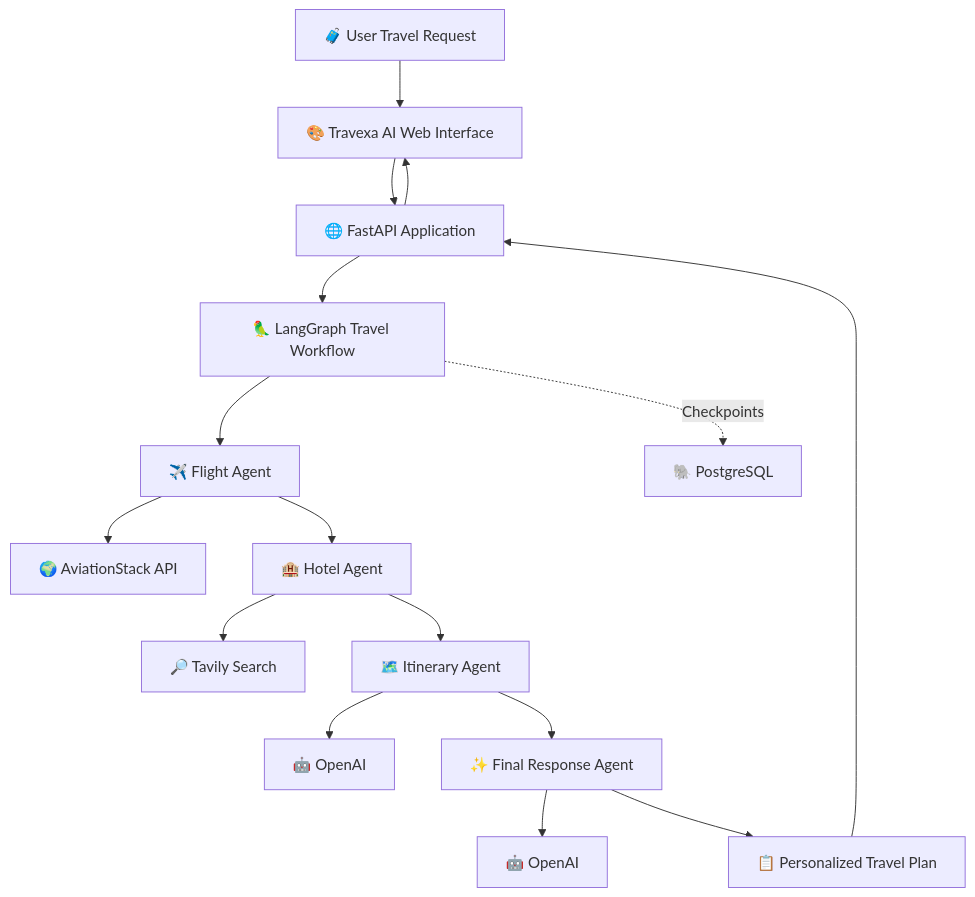
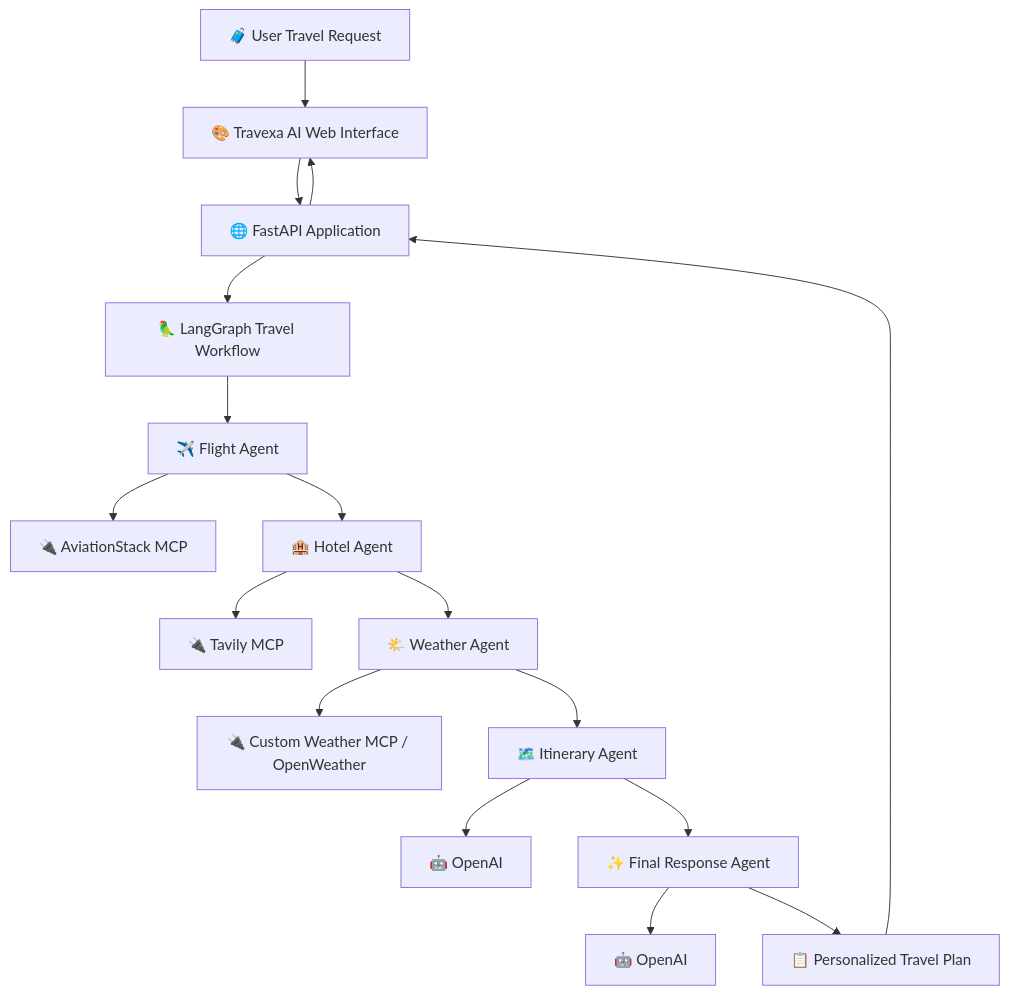
One commit to sudeeraattanayake/Travexa-AI-Multi-Agent-Travel-Planner changed the diagram in README.md. Above: the diagram before and after it, drawn with Mermaid. The commit also changed other lines of this file, not shown here.

````diff
--- a/README.md
+++ b/README.md
@@ -144,27 +179,25 @@
 ```mermaid
 flowchart TD
     USER["🧳 User Travel Request"] --> UI["🎨 Travexa AI Web Interface"]
-
     UI --> API["🌐 FastAPI Application"]
-
     API --> GRAPH["🦜 LangGraph Travel Workflow"]
 
     GRAPH --> FLIGHT["✈️ Flight Agent"]
-    FLIGHT --> AVIATION["🌍 AviationStack API"]
+    FLIGHT --> AVIATION["🔌 AviationStack MCP"]
 
     FLIGHT --> HOTEL["🏨 Hotel Agent"]
-    HOTEL --> TAVILY["🔎 Tavily Search"]
+    HOTEL --> TAVILY["🔌 Tavily MCP"]
 
-    HOTEL --> ITINERARY["🗺️ Itinerary Agent"]
+    HOTEL --> WEATHER["🌤️ Weather Agent"]
+    WEATHER --> OPENWEATHER["🔌 Custom Weather MCP / OpenWeather"]
+
+    WEATHER --> ITINERARY["🗺️ Itinerary Agent"]
     ITINERARY --> OPENAI1["🤖 OpenAI"]
 
     ITINERARY --> FINAL["✨ Final Response Agent"]
     FINAL --> OPENAI2["🤖 OpenAI"]
 
     FINAL --> RESULT["📋 Personalized Travel Plan"]
-
-    GRAPH -. Checkpoints .-> POSTGRES["🐘 PostgreSQL"]
-
     RESULT --> API
     API --> UI
 ```
````
